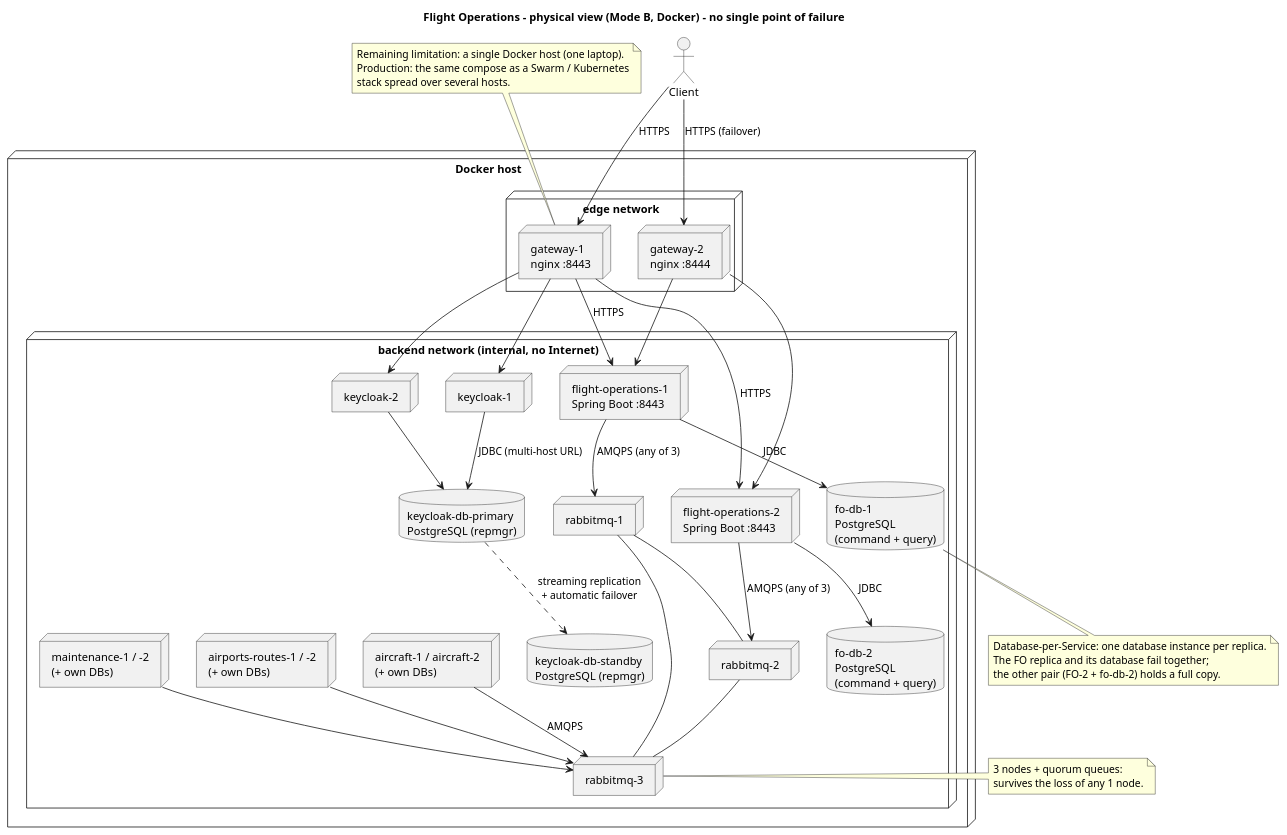
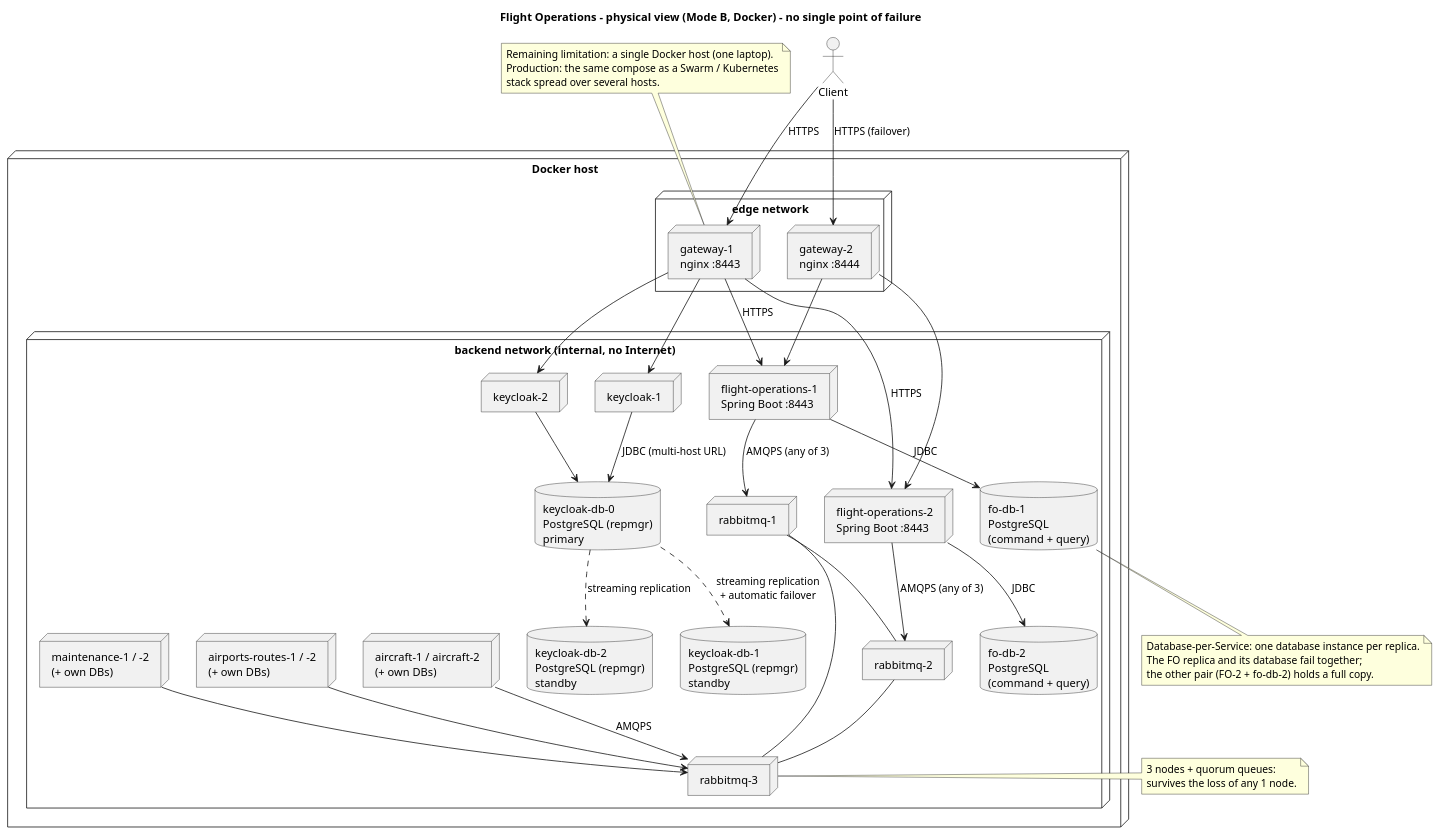
The diagram in Services/Flighting Operations/docs/physical-view-flight-operations.puml (anamartasilvaa/SIDIG_AI_Safe), drawn with PlantUML before and after one commit. The commit also changed 9 other files, not shown here.

Commit message:
FO: diagramas atualizados com a versão

```diff
--- a/Services/Flighting Operations/docs/physical-view-flight-operations.puml
+++ b/Services/Flighting Operations/docs/physical-view-flight-operations.puml
@@ -1,69 +1,71 @@
 @startuml physical-view-flight-operations
 skinparam shadowing false
 title Flight Operations - physical view (Mode B, Docker) - no single point of failure
 
 node "Docker host" {
   node "edge network" {
     node "gateway-1\nnginx :8443" as G1
     node "gateway-2\nnginx :8444" as G2
   }
   node "backend network (internal, no Internet)" {
     node "keycloak-1" as K1
     node "keycloak-2" as K2
-    database "keycloak-db-primary\nPostgreSQL (repmgr)" as KDB1
-    database "keycloak-db-standby\nPostgreSQL (repmgr)" as KDB2
+    database "keycloak-db-0\nPostgreSQL (repmgr)\nprimary" as KDB1
+    database "keycloak-db-1\nPostgreSQL (repmgr)\nstandby" as KDB2
+    database "keycloak-db-2\nPostgreSQL (repmgr)\nstandby" as KDB3
 
     node "rabbitmq-1" as RB1
     node "rabbitmq-2" as RB2
     node "rabbitmq-3" as RB3
 
     node "flight-operations-1\nSpring Boot :8443" as FO1
     database "fo-db-1\nPostgreSQL\n(command + query)" as FDB1
     node "flight-operations-2\nSpring Boot :8443" as FO2
     database "fo-db-2\nPostgreSQL\n(command + query)" as FDB2
 
     node "aircraft-1 / aircraft-2\n(+ own DBs)" as AC
     node "airports-routes-1 / -2\n(+ own DBs)" as AR
     node "maintenance-1 / -2\n(+ own DBs)" as MT
   }
 }
 
 actor "Client" as C
 C --> G1 : HTTPS
 C --> G2 : HTTPS (failover)
 G1 --> FO1 : HTTPS
 G1 --> FO2 : HTTPS
 G2 --> FO1
 G2 --> FO2
 G1 --> K1
 G1 --> K2
 K1 --> KDB1 : JDBC (multi-host URL)
 K2 --> KDB1
 KDB1 ..> KDB2 : streaming replication\n+ automatic failover
+KDB1 ..> KDB3 : streaming replication
 
 FO1 --> FDB1 : JDBC
 FO2 --> FDB2 : JDBC
 FO1 --> RB1 : AMQPS (any of 3)
 FO2 --> RB2 : AMQPS (any of 3)
 RB1 -- RB2
 RB2 -- RB3
 RB1 -- RB3
 AC --> RB3 : AMQPS
 AR --> RB3
 MT --> RB3
 
 note bottom of FDB1
   Database-per-Service: one database instance per replica.
   The FO replica and its database fail together;
   the other pair (FO-2 + fo-db-2) holds a full copy.
 end note
 note right of RB3
   3 nodes + quorum queues:
   survives the loss of any 1 node.
 end note
 note top of G1
   Remaining limitation: a single Docker host (one laptop).
   Production: the same compose as a Swarm / Kubernetes
   stack spread over several hosts.
 end note
 @enduml
```
